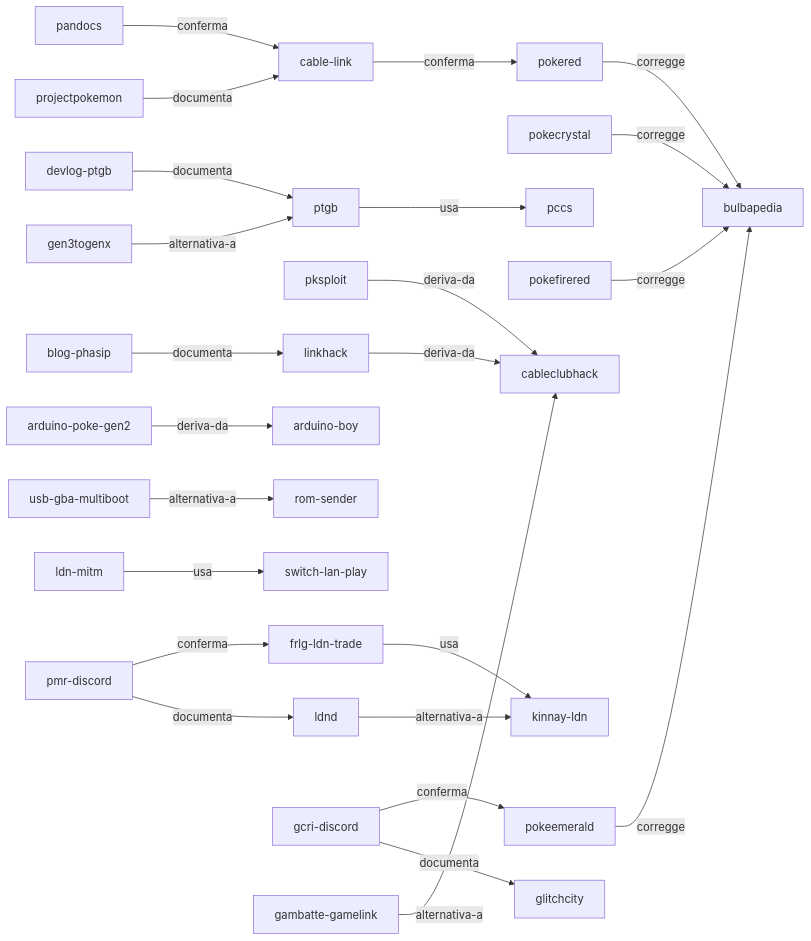
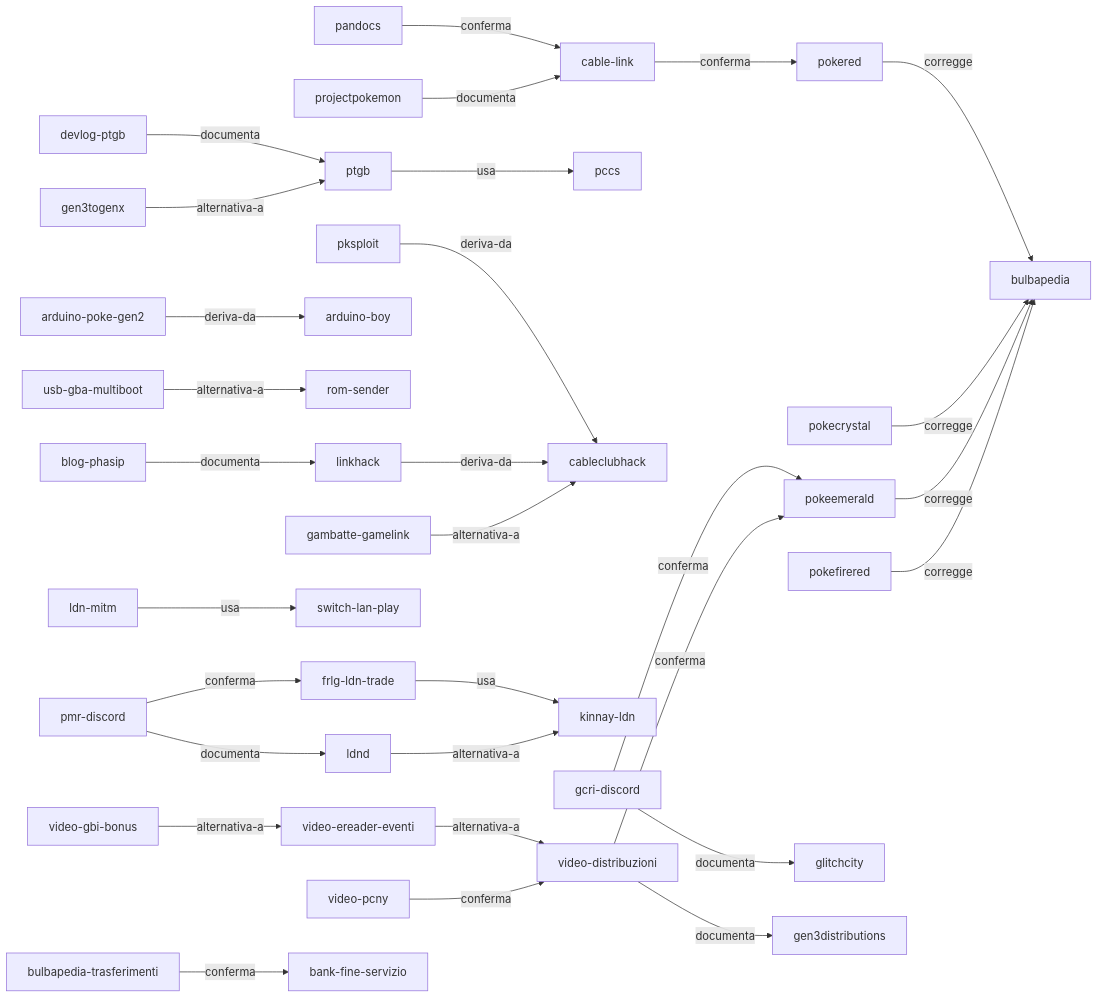
One commit to alesop95/retrogame-mod-pok-dev changed the diagram in docs/fonti/index-fonti.md. Above: the diagram before and after it, drawn with Mermaid. The commit also changed other lines of this file and 40 other files, not shown here.

````diff
--- a/docs/fonti/index-fonti.md
+++ b/docs/fonti/index-fonti.md
@@ -15,26 +15,32 @@
 ```mermaid
 graph LR
   pokered -- corregge --> bulbapedia
   pokecrystal -- corregge --> bulbapedia
   pokeemerald -- corregge --> bulbapedia
   pokefirered -- corregge --> bulbapedia
   pandocs -- conferma --> cable-link
   devlog-ptgb -- documenta --> ptgb
   ptgb -- usa --> pccs
   gen3togenx -- alternativa-a --> ptgb
   cable-link -- conferma --> pokered
   pksploit -- deriva-da --> cableclubhack
   linkhack -- deriva-da --> cableclubhack
   blog-phasip -- documenta --> linkhack
   arduino-poke-gen2 -- deriva-da --> arduino-boy
   usb-gba-multiboot -- alternativa-a --> rom-sender
   frlg-ldn-trade -- usa --> kinnay-ldn
   ldnd -- alternativa-a --> kinnay-ldn
   pmr-discord -- conferma --> frlg-ldn-trade
   pmr-discord -- documenta --> ldnd
   ldn-mitm -- usa --> switch-lan-play
   gcri-discord -- conferma --> pokeemerald
   gcri-discord -- documenta --> glitchcity
   gambatte-gamelink -- alternativa-a --> cableclubhack
   projectpokemon -- documenta --> cable-link
+  video-distribuzioni -- conferma --> pokeemerald
+  video-distribuzioni -- documenta --> gen3distributions
+  video-ereader-eventi -- alternativa-a --> video-distribuzioni
+  video-pcny -- conferma --> video-distribuzioni
+  video-gbi-bonus -- alternativa-a --> video-ereader-eventi
+  bulbapedia-trasferimenti -- conferma --> bank-fine-servizio
 ```
````
